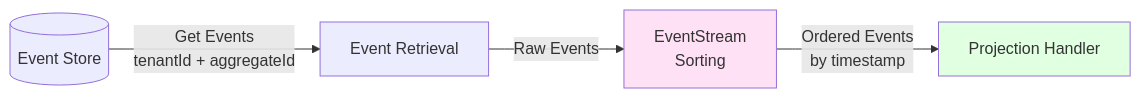
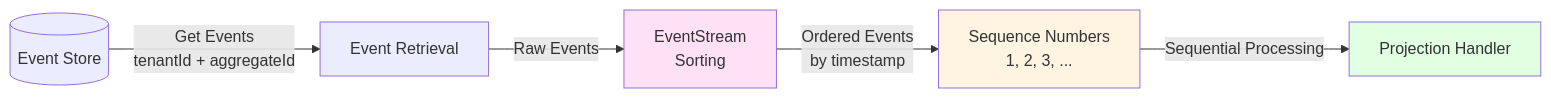
Before and after one commit to langwatch/langwatch: the second of 8 diagrams in langwatch/src/server/event-sourcing/library/ARCHITECTURE.md, drawn with Mermaid. The commit also changed other lines of this file and 1 other file, not shown here.

First line of the commit message:
docs(es): update architecture and readme for sequential processing

````diff
--- a/langwatch/src/server/event-sourcing/library/ARCHITECTURE.md
+++ b/langwatch/src/server/event-sourcing/library/ARCHITECTURE.md
@@ -114,9 +116,11 @@
 ```mermaid
 graph LR
     ES[(Event Store)] --> |"Get Events<br/>tenantId + aggregateId"| ER[Event Retrieval]
     ER --> |"Raw Events"| ESort[EventStream<br/>Sorting]
-    ESort --> |"Ordered Events<br/>by timestamp"| PH[Projection Handler]
+    ESort --> |"Ordered Events<br/>by timestamp"| SN[Sequence Numbers<br/>1, 2, 3, ...]
+    SN --> |"Sequential Processing"| PH[Projection Handler]
 
     style ESort fill:#ffe1f5
+    style SN fill:#fff4e1
     style PH fill:#e1ffe1
 ```
````
